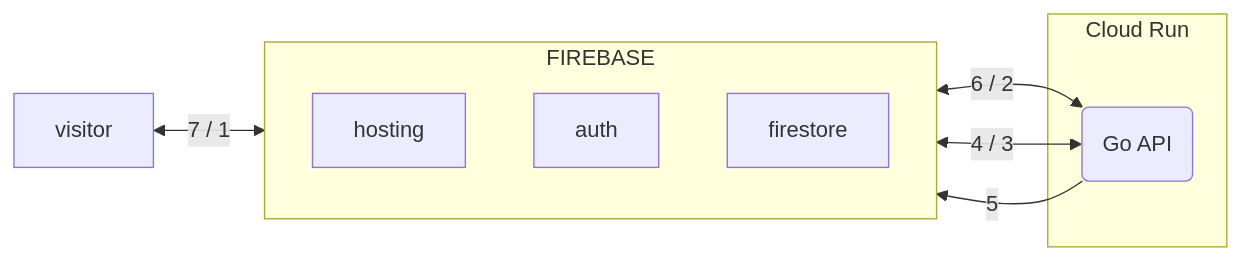
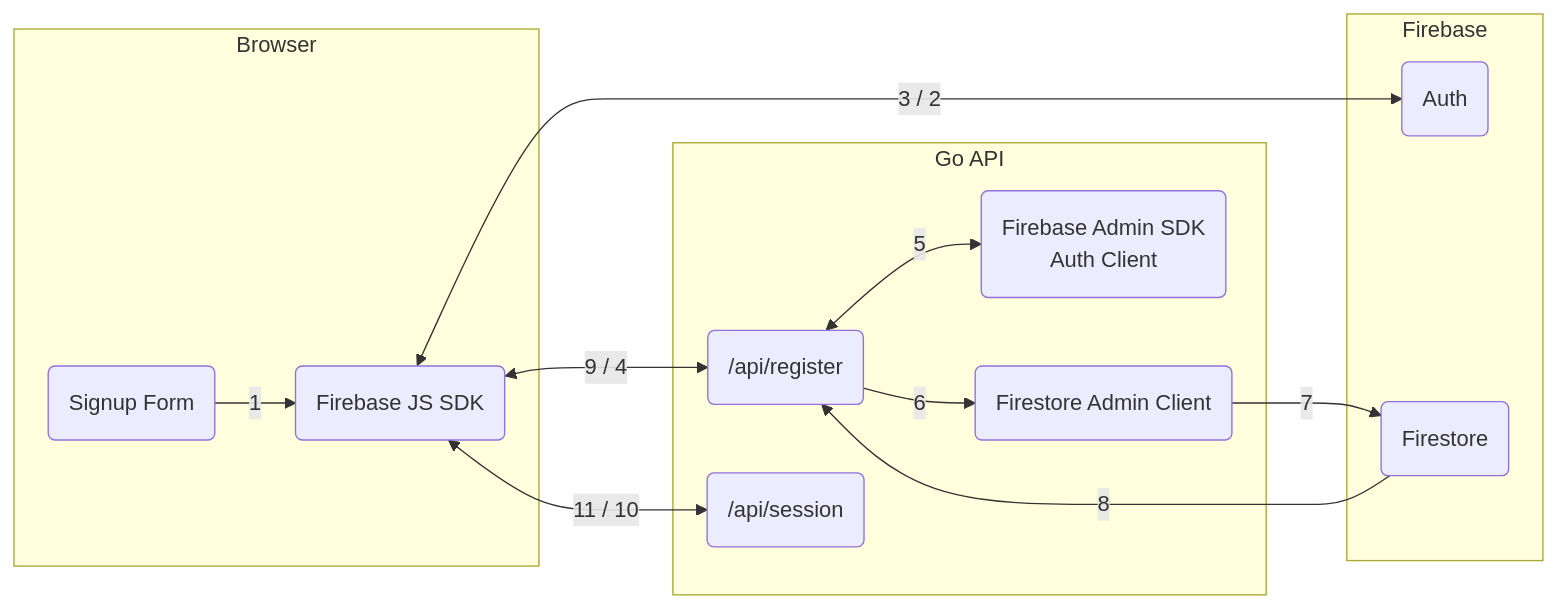
Before and after one commit to cheomanigua/bwadocs: the first of 4 diagrams in content/docs/authentication.md, drawn with Mermaid. The commit also changed other lines of this file and 3 other files, not shown here.

````diff
--- a/content/docs/authentication.md
+++ b/content/docs/authentication.md
@@ -64,18 +78,25 @@
 ```mermaid
 flowchart LR
-    subgraph FIREBASE
-        direction TB
-        hosting
-        auth
-        firestore
+    subgraph Browser
+        form(Signup Form)
+        js(Firebase JS SDK)
     end
-    subgraph Cloud Run
-        goapi(Go API)
+    subgraph Firebase
+        auth(Auth)
+        db(Firestore)
     end
-
-    visitor <-- "7 / 1" --> hosting
-    hosting <-- "6 / 2" --> goapi
-    goapi <-- "4 / 3" --> auth
-    goapi -- "5" --> firestore
-
+    subgraph Go API
+        apires(/api/register)
+        apises(/api/session)
+        authc(Firebase Admin SDK<br/>Auth Client)
+        adminc(Firestore Admin Client)
+    end
+    form --"1"--> js
+    js <-- "3 / 2" --> auth
+    js <--"9 / 4"--> apires
+    apires <--"5"--> authc
+    apires --"6"--> adminc
+    adminc --7--> db
+    db --8--> apires
+    js <--"11 / 10"--> apises
 ```
````
